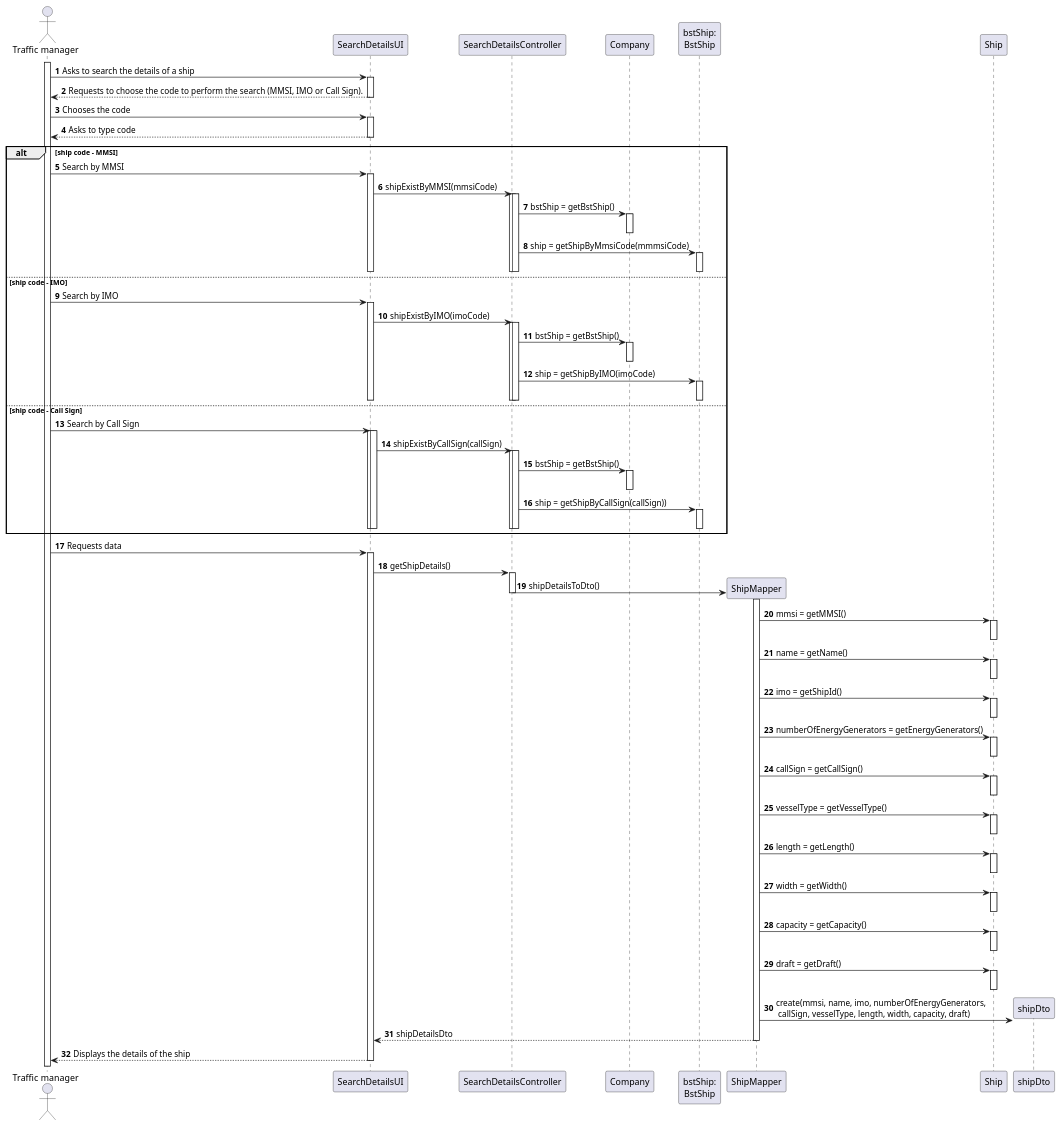
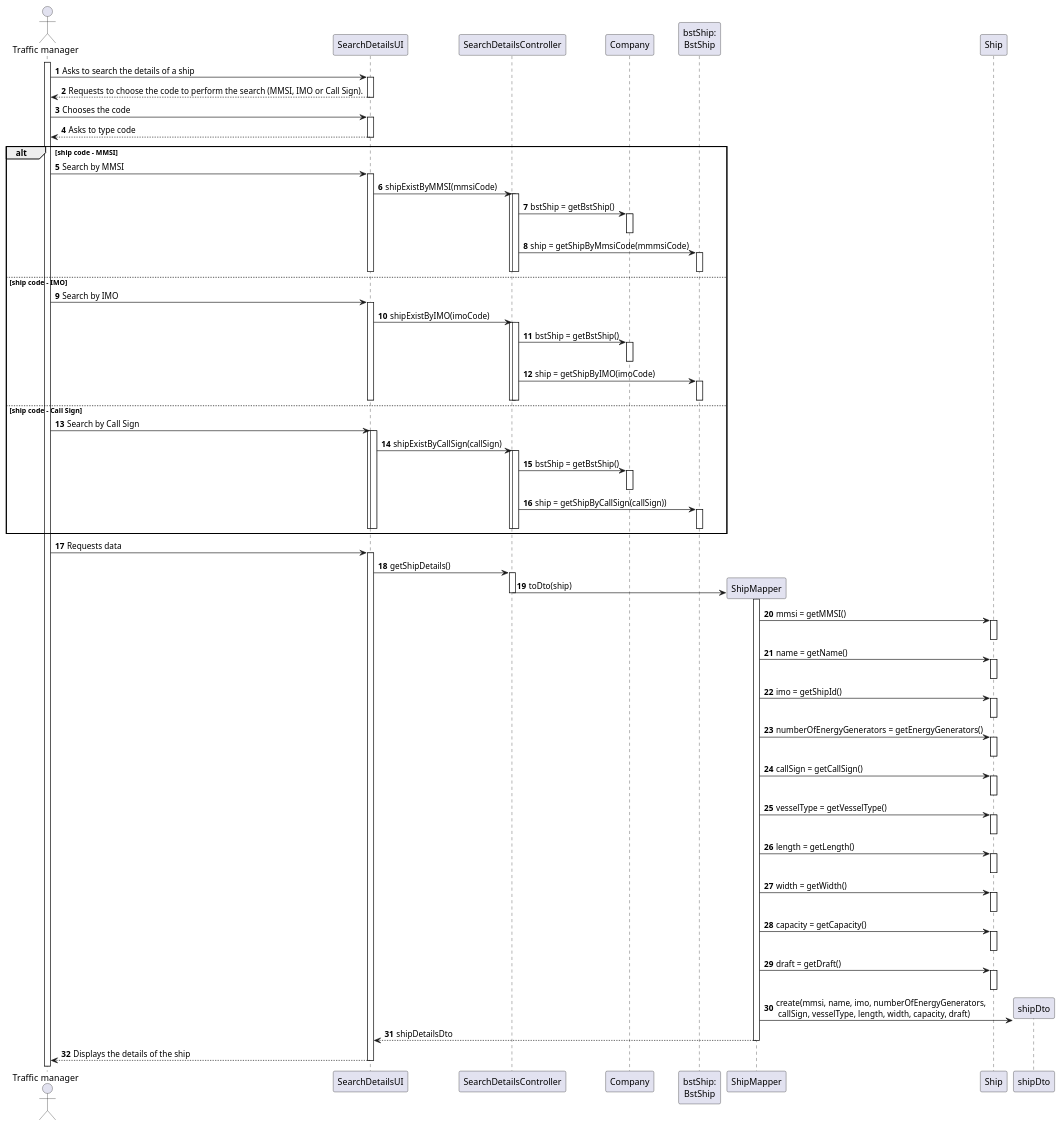
Before and after one commit to 0franciscor/lapr3-2021-g042: the diagram in docs/US102/US102_SD.puml, drawn with PlantUML. The commit also changed 6 other files, not shown here.

```diff
--- a/docs/US102/US102_SD.puml
+++ b/docs/US102/US102_SD.puml
@@ -1,124 +1,124 @@
 @startuml
 autonumber
 
 actor "Traffic manager" as manager
 participant "SearchDetailsUI" as sdUI
 participant "SearchDetailsController" as sdCTRL
 participant "Company" as COMP
 participant "bstShip:\nBstShip" as BstShip
 participant "ShipMapper" as SMAPPER
 participant "Ship" as SHIP
 participant "Ship" as SHIP
 participant "shipDto" as SHIPDTO
 
 
 activate manager
 manager -> sdUI : Asks to search the details of a ship
 activate sdUI
 sdUI --> manager : Requests to choose the code to perform the search (MMSI, IMO or Call Sign).
 deactivate sdUI
 
 
 manager -> sdUI : Chooses the code
 activate sdUI
 
 sdUI --> manager : Asks to type code
 deactivate sdUI
 
 alt ship code - MMSI
 manager -> sdUI  : Search by MMSI
 activate sdUI
 sdUI-> sdCTRL: shipExistByMMSI(mmsiCode)
 activate sdCTRL
 activate sdCTRL
 sdCTRL -> COMP : bstShip = getBstShip()
 activate COMP
 deactivate COMP
 sdCTRL -> BstShip : ship = getShipByMmsiCode(mmmsiCode)
 activate BstShip
 deactivate BstShip
 deactivate sdCTRL
 deactivate sdCTRL
 deactivate sdUI
 
 else ship code - IMO
 manager -> sdUI  : Search by IMO
 activate sdUI
 sdUI-> sdCTRL: shipExistByIMO(imoCode)
 activate sdCTRL
 activate sdCTRL
 sdCTRL -> COMP : bstShip = getBstShip()
 activate COMP
 deactivate COMP
 sdCTRL -> BstShip : ship = getShipByIMO(imoCode)
 activate BstShip
 deactivate BstShip
 deactivate sdCTRL
 deactivate sdCTRL
 deactivate sdUI
 deactivate sdUI
 
 else ship code - Call Sign
 manager -> sdUI : Search by Call Sign
 activate sdUI
 activate sdUI
 sdUI-> sdCTRL: shipExistByCallSign(callSign)
 activate sdCTRL
 activate sdCTRL
 sdCTRL -> COMP : bstShip = getBstShip()
 activate COMP
 deactivate COMP
 sdCTRL -> BstShip : ship = getShipByCallSign(callSign))
 activate BstShip
 deactivate BstShip
 deactivate sdCTRL
 deactivate sdCTRL
 deactivate sdUI
 deactivate sdUI
 end
 
 
 manager -> sdUI : Requests data
 activate sdUI
 sdUI -> sdCTRL : getShipDetails()
 activate sdCTRL
-sdCTRL-> SMAPPER** : shipDetailsToDto()
+sdCTRL-> SMAPPER** : toDto(ship)
 deactivate sdCTRL
 activate SMAPPER
 SMAPPER -> SHIP : mmsi = getMMSI()
 activate SHIP
 deactivate SHIP
 SMAPPER -> SHIP : name = getName()
 activate SHIP
 deactivate SHIP
 SMAPPER -> SHIP : imo = getShipId()
 activate SHIP
 deactivate SHIP
 SMAPPER -> SHIP : numberOfEnergyGenerators = getEnergyGenerators()
 activate SHIP
 deactivate SHIP
 SMAPPER -> SHIP : callSign = getCallSign()
 activate SHIP
 deactivate SHIP
 SMAPPER -> SHIP : vesselType = getVesselType()
 activate SHIP
 deactivate SHIP
 SMAPPER -> SHIP : length = getLength()
 activate SHIP
 deactivate SHIP
 SMAPPER -> SHIP : width = getWidth()
 activate SHIP
 deactivate SHIP
 SMAPPER -> SHIP : capacity = getCapacity()
 activate SHIP
 deactivate SHIP
 SMAPPER -> SHIP : draft = getDraft()
 activate SHIP
 deactivate SHIP
 SMAPPER -> SHIPDTO** : create(mmsi, name, imo, numberOfEnergyGenerators,\n callSign, vesselType, length, width, capacity, draft)
 SMAPPER --> sdUI : shipDetailsDto
 deactivate SMAPPER
 sdUI --> manager : Displays the details of the ship
 deactivate sdUI
 
 @enduml
```
